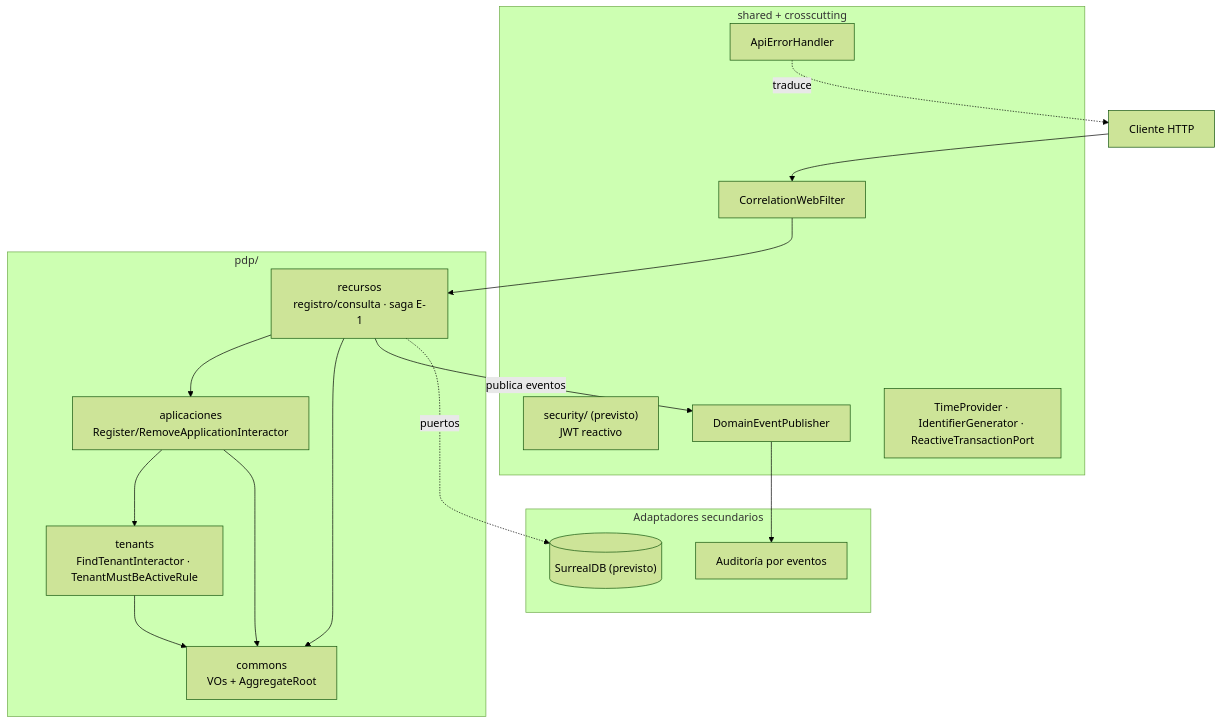
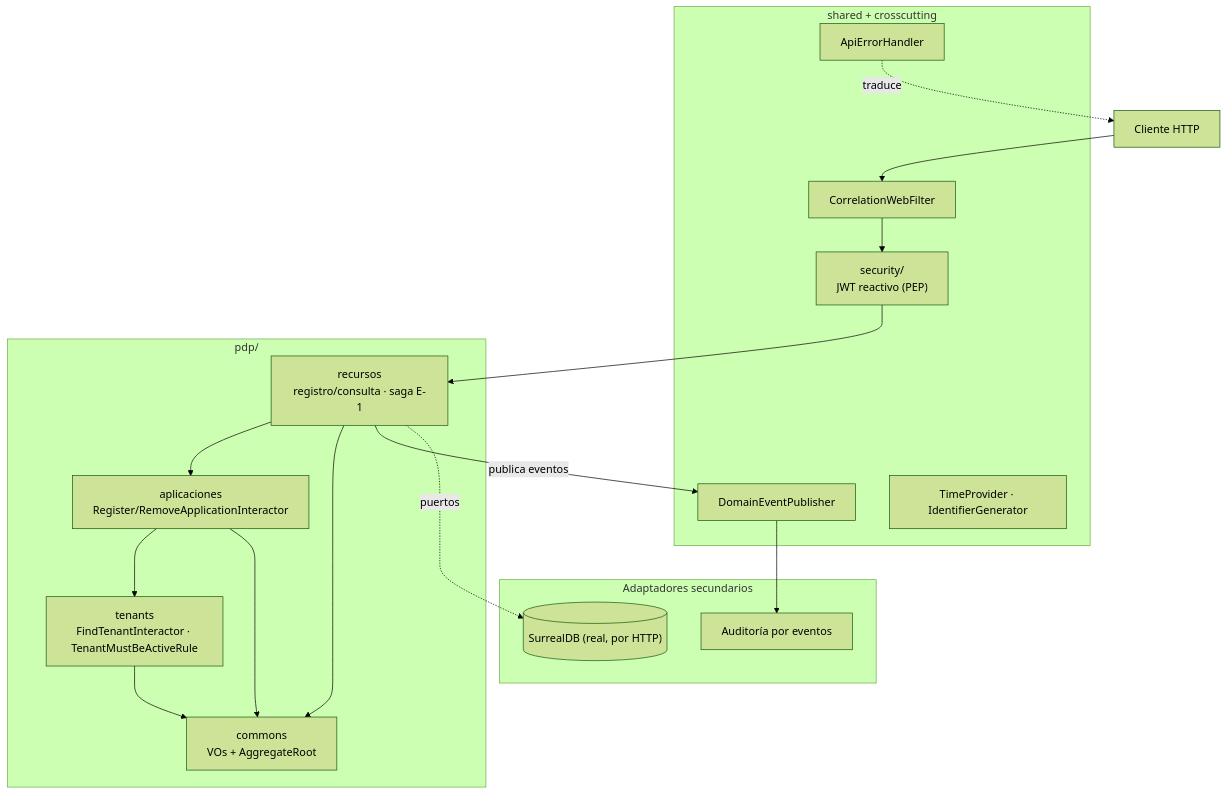
Before and after one commit to Seguridad-UCO/securityBaseline: the second of 2 diagrams in docs/plans/2026-08-07-architecture-and-roadmap.md, drawn with Mermaid (forest theme). The commit also changed other lines of this file and 80 other files, not shown here.

First line of the commit message:
Stage 4: persistencia real SurrealDB (HTTP/WebClient), saga con compensación, Testcontainers.

````diff
--- a/docs/plans/2026-08-07-architecture-and-roadmap.md
+++ b/docs/plans/2026-08-07-architecture-and-roadmap.md
@@ -84,33 +84,33 @@
 ```mermaid
 flowchart TB
     CLIENT["Cliente HTTP"]
 
     subgraph SHARED["shared + crosscutting"]
-      SEC["security/ (previsto)\nJWT reactivo"]
+      SEC["security/\nJWT reactivo (PEP)"]
       CORR["CorrelationWebFilter"]
       ERRH["ApiErrorHandler"]
       EVTP["DomainEventPublisher"]
-      PORTS["TimeProvider · IdentifierGenerator · ReactiveTransactionPort"]
+      PORTS["TimeProvider · IdentifierGenerator"]
     end
 
     subgraph PDP["pdp/"]
       COMMONS["commons\nVOs + AggregateRoot"]
       TEN["tenants\nFindTenantInteractor · TenantMustBeActiveRule"]
       APLI["aplicaciones\nRegister/RemoveApplicationInteractor"]
       REC["recursos\nregistro/consulta · saga E-1"]
     end
 
     subgraph ADAPT["Adaptadores secundarios"]
-      SURDB[("SurrealDB (previsto)")]
+      SURDB[("SurrealDB (real, por HTTP)")]
       AUDIT["Auditoría por eventos"]
     end
 
-    CLIENT --> CORR --> REC
+    CLIENT --> CORR --> SEC --> REC
     REC --> APLI --> TEN
     APLI --> COMMONS
     REC --> COMMONS
     TEN --> COMMONS
     REC -->|publica eventos| EVTP --> AUDIT
     REC -.puertos.-> SURDB
     ERRH -.traduce.-> CLIENT
 ```
````
